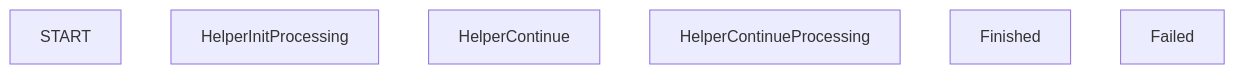
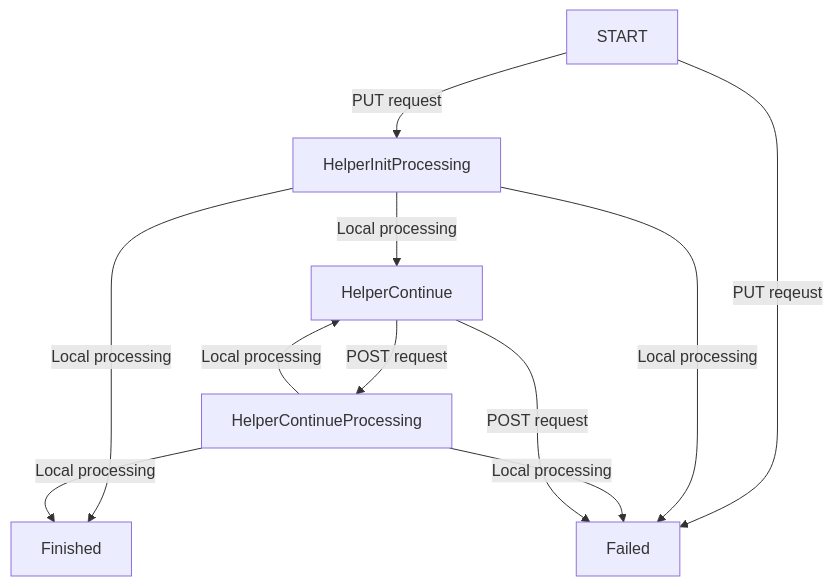
The fifth of 5 diagrams in docs/DATA_MODEL.md (divviup/janus), drawn with Mermaid before and after one commit. The commit also changed other lines of this file, not shown here.

````diff
--- a/docs/DATA_MODEL.md
+++ b/docs/DATA_MODEL.md
@@ -205,9 +224,23 @@
 ```mermaid
 graph TD;
     START;
     HelperInitProcessing;
     HelperContinue;
     HelperContinueProcessing;
     Finished;
     Failed;
+
+    START -- PUT request --> HelperInitProcessing;
+    START -- PUT reqeust --> Failed;
+
+    HelperInitProcessing -- Local processing --> HelperContinue;
+    HelperInitProcessing -- Local processing --> Finished;
+    HelperInitProcessing -- Local processing --> Failed;
+
+    HelperContinueProcessing -- Local processing --> HelperContinue;
+    HelperContinueProcessing -- Local processing --> Finished;
+    HelperContinueProcessing -- Local processing --> Failed;
+
+    HelperContinue -- POST request --> HelperContinueProcessing;
+    HelperContinue -- POST request --> Failed;
 ```
````
